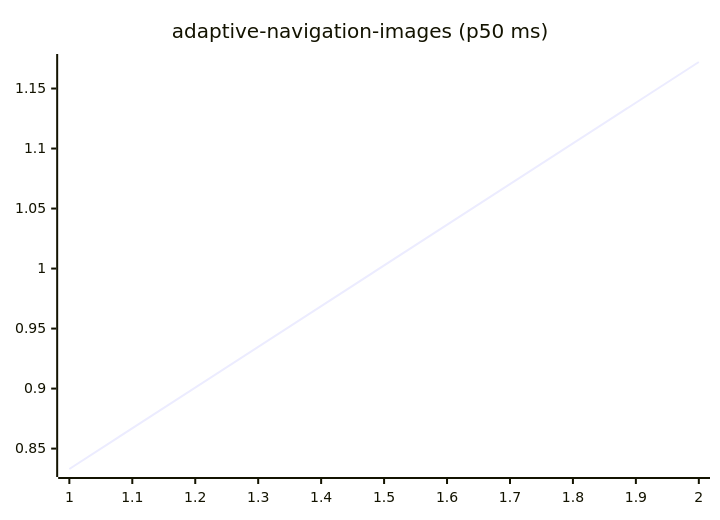
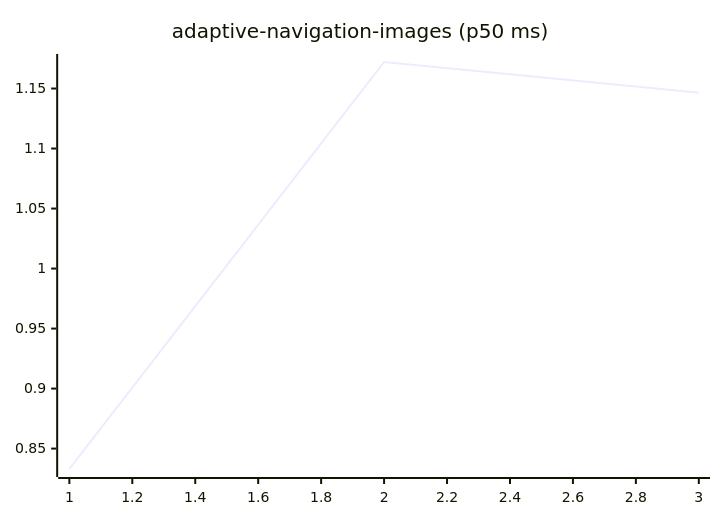
The first of 27 diagrams in README.md (josha/Facet), drawn with Mermaid before and after one commit. The commit also changed other lines of this file and 2 other files, not shown here.

````diff
--- a/README.md
+++ b/README.md
@@ -63,6 +63,6 @@
 ```mermaid
 xychart-beta
     title "adaptive-navigation-images (p50 ms)"
-    x-axis 1 --> 2
-    line [0.8330, 1.1721]
+    x-axis 1 --> 3
+    line [0.8330, 1.1721, 1.1465]
 ```
````
